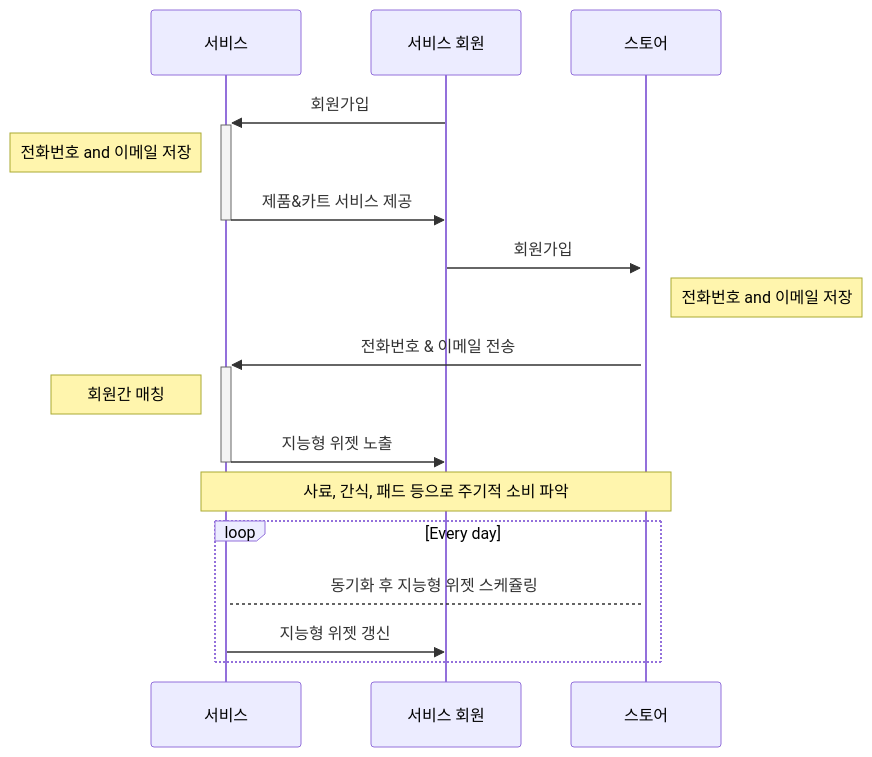
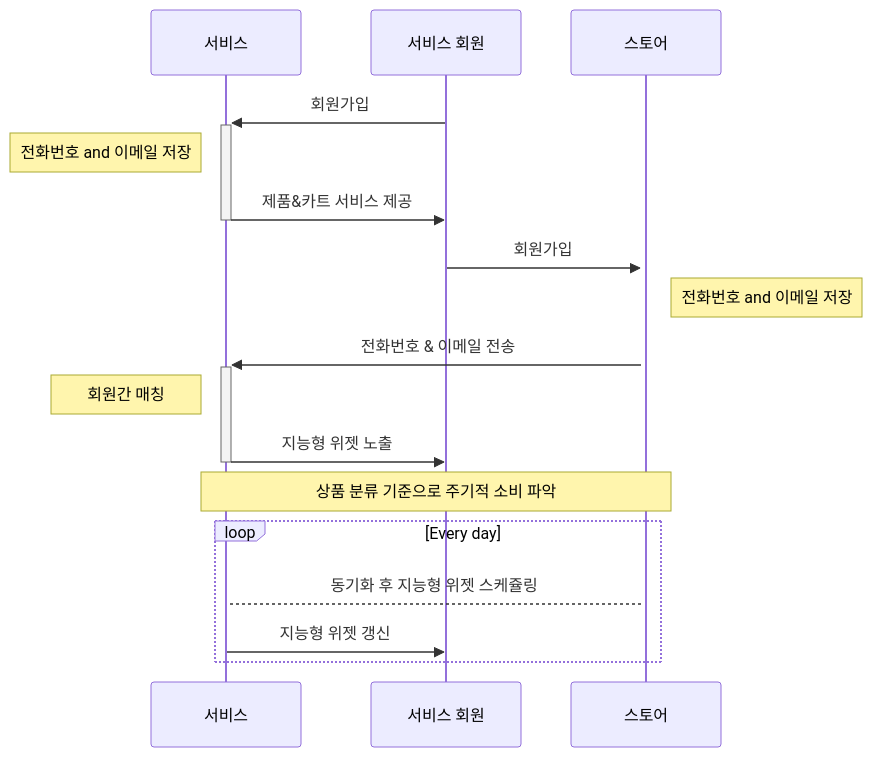
One commit to cable8mm/stack changed the first of 4 diagrams in docs/service-with-shop.md. Above: the diagram before and after it, drawn with Mermaid.

Commit message:
commit for gitbook mermaid

````diff
--- a/docs/service-with-shop.md
+++ b/docs/service-with-shop.md
@@ -9,19 +9,19 @@
 ```mermaid
 sequenceDiagram
     participant C as 서비스
     participant User as 서비스 회원
     participant S as 스토어
     User->>+C: 회원가입
     Note left of C: 전화번호 and 이메일 저장
     C->>-User: 제품&카트 서비스 제공
     User->>+S: 회원가입
     Note right of S: 전화번호 and 이메일 저장
     S->>+C: 전화번호 & 이메일 전송
     Note left of C: 회원간 매칭
     C->>-User: 지능형 위젯 노출
-    Note over C,S: 사료, 간식, 패드 등으로 주기적 소비 파악
+    Note over C,S: 상품 분류 기준으로 주기적 소비 파악
     loop Every day
         S-->C: 동기화 후 지능형 위젯 스케쥴링
         C->>User: 지능형 위젯 갱신
     end
 ```
````
